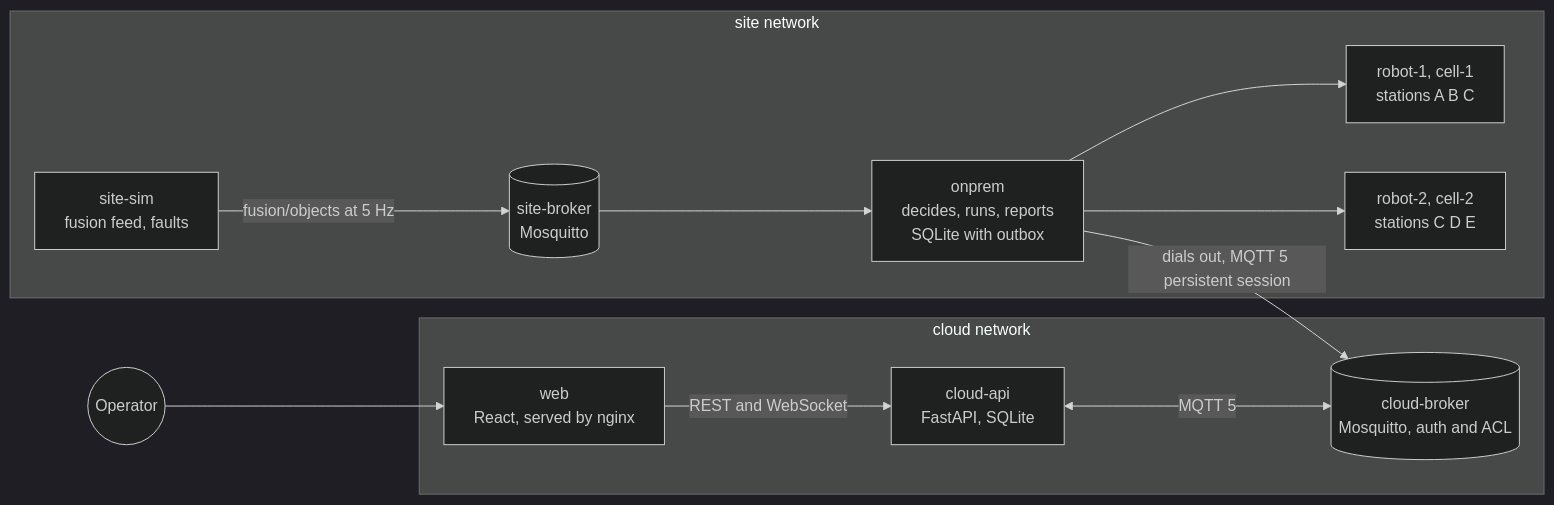
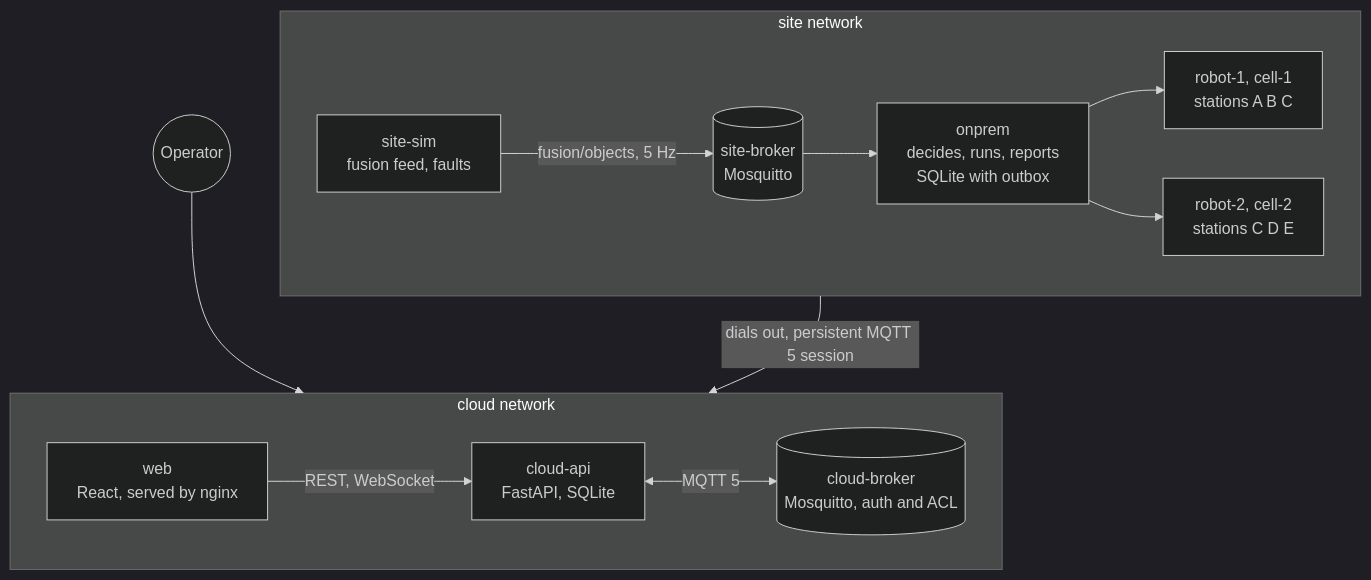
Before and after one commit to aaryansinha16/remote-robot-cell: the first of 3 diagrams in README.md, drawn with Mermaid (dark theme).

Commit message:
docs: lay the architecture diagram out top to bottom so it reads at a glance

````diff
--- a/README.md
+++ b/README.md
@@ -52,26 +52,20 @@
 ```mermaid
-flowchart LR
+flowchart TB
     operator((Operator)) --> web
 
     subgraph cloud [cloud network]
-        web["web<br/>React, served by nginx"]
-        api["cloud-api<br/>FastAPI, SQLite"]
-        cb[("cloud-broker<br/>Mosquitto, auth and ACL")]
+        direction LR
+        web["web<br/>React, served by nginx"] -->|REST, WebSocket| api["cloud-api<br/>FastAPI, SQLite"]
+        api <-->|MQTT 5| cb[("cloud-broker<br/>Mosquitto, auth and ACL")]
     end
 
     subgraph site [site network]
-        onprem["onprem<br/>decides, runs, reports<br/>SQLite with outbox"]
-        sb[("site-broker<br/>Mosquitto")]
-        sim["site-sim<br/>fusion feed, faults"]
-        r1["robot-1, cell-1<br/>stations A B C"]
-        r2["robot-2, cell-2<br/>stations C D E"]
+        direction LR
+        sim["site-sim<br/>fusion feed, faults"] -->|fusion/objects, 5 Hz| sb[("site-broker<br/>Mosquitto")]
+        sb --> onprem["onprem<br/>decides, runs, reports<br/>SQLite with outbox"]
+        onprem --> r1["robot-1, cell-1<br/>stations A B C"]
+        onprem --> r2["robot-2, cell-2<br/>stations C D E"]
     end
 
-    web -->|REST and WebSocket| api
-    api <-->|MQTT 5| cb
-    onprem -->|dials out, MQTT 5 persistent session| cb
-    sim -->|fusion/objects at 5 Hz| sb
-    sb --> onprem
-    onprem --> r1
-    onprem --> r2
+    onprem -->|dials out, persistent MQTT 5 session| cb
 ```
````
